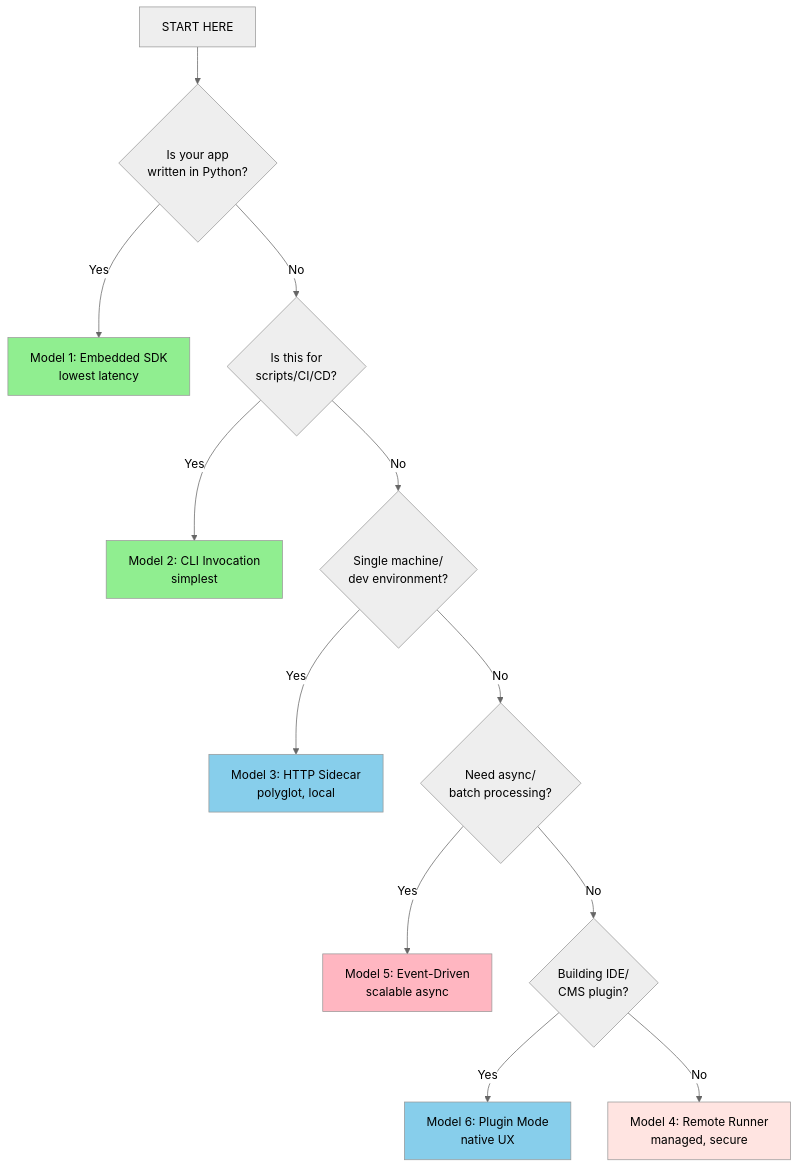
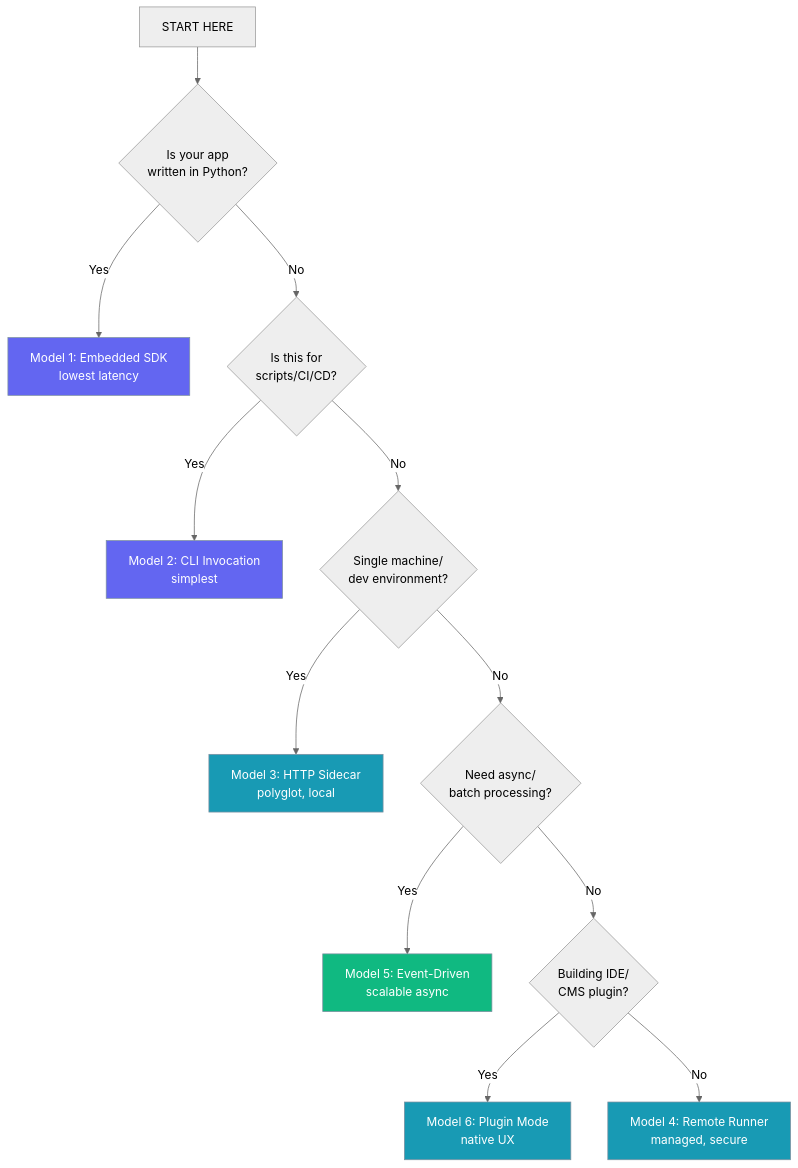
Before and after one commit to MervinPraison/PraisonAIDocs: the third of 3 diagrams in docs/guides/recipes/decision-guide.mdx, drawn with Mermaid (neutral theme). The commit also changed other lines of this file and 28 other files, not shown here.

````diff
--- a/docs/guides/recipes/decision-guide.mdx
+++ b/docs/guides/recipes/decision-guide.mdx
@@ -35,23 +84,21 @@
 ```mermaid
 flowchart TD
     A[START HERE] --> B{Is your app<br/>written in Python?}
     B -->|Yes| C[Model 1: Embedded SDK<br/>lowest latency]
     B -->|No| D{Is this for<br/>scripts/CI/CD?}
     D -->|Yes| E[Model 2: CLI Invocation<br/>simplest]
     D -->|No| F{Single machine/<br/>dev environment?}
     F -->|Yes| G[Model 3: HTTP Sidecar<br/>polyglot, local]
     F -->|No| H{Need async/<br/>batch processing?}
     H -->|Yes| I[Model 5: Event-Driven<br/>scalable async]
     H -->|No| J{Building IDE/<br/>CMS plugin?}
     J -->|Yes| K[Model 6: Plugin Mode<br/>native UX]
     J -->|No| L[Model 4: Remote Runner<br/>managed, secure]
     
-    style C fill:#90EE90
-    style E fill:#90EE90
-    style G fill:#87CEEB
-    style I fill:#FFB6C1
-    style K fill:#87CEEB
-    style L fill:#FFE4E1
-    classDef agent fill:#8B0000,color:#fff
-    classDef tool fill:#189AB4,color:#fff
+    classDef sdk fill:#6366F1,stroke:#7C90A0,color:#fff
+    classDef net fill:#189AB4,stroke:#7C90A0,color:#fff
+    classDef async fill:#10B981,stroke:#7C90A0,color:#fff
+    class C,E sdk
+    class G,K,L net
+    class I async
 ```
````
